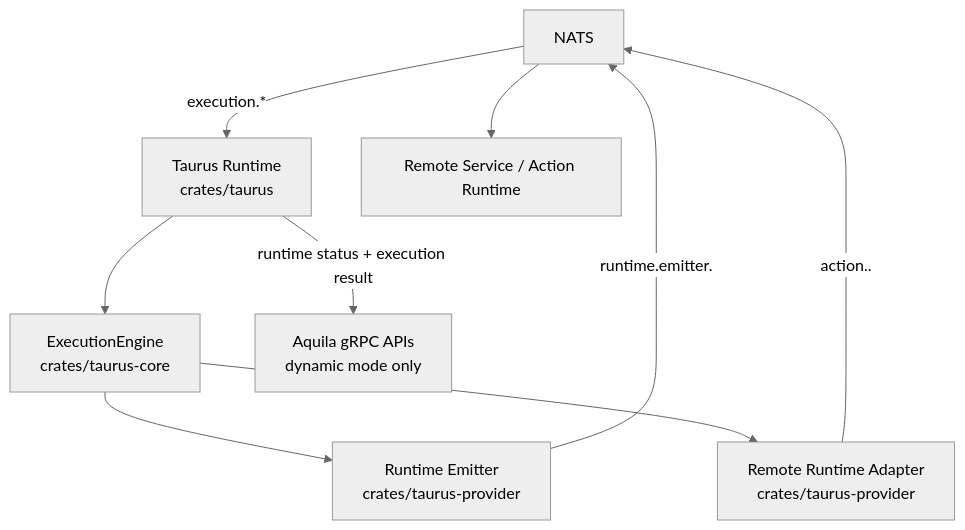
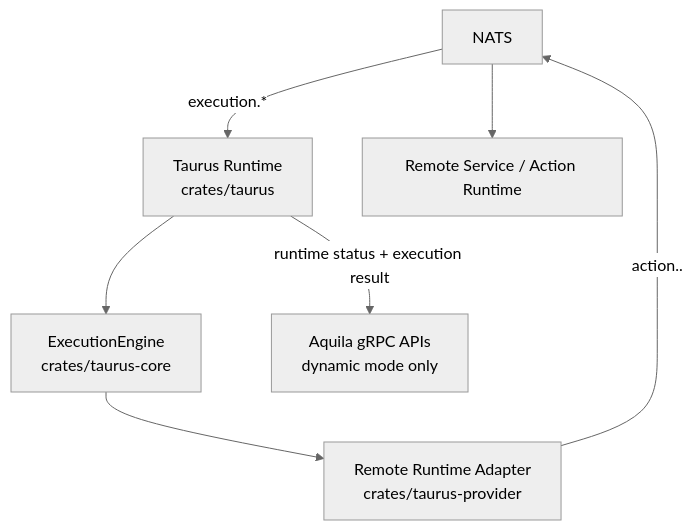
One commit to code0-tech/taurus changed the diagram in docs/dev.md. Above: the diagram before and after it, drawn with Mermaid (neutral theme). The commit also changed other lines of this file, not shown here.

Commit message:
docs: removed emitter and respond signal

````diff
--- a/docs/dev.md
+++ b/docs/dev.md
@@ -31,24 +30,20 @@
 ```mermaid
 graph TD
   NATS[NATS]
   Taurus[Taurus Runtime
   crates/taurus]
   Core[ExecutionEngine
   crates/taurus-core]
-  Emitter[Runtime Emitter
-  crates/taurus-provider]
   Remote[Remote Runtime Adapter
   crates/taurus-provider]
   Service[Remote Service / Action Runtime]
   Aquila[Aquila gRPC APIs
   dynamic mode only]
 
   NATS -->|execution.*| Taurus
   Taurus --> Core
-  Core --> Emitter
-  Emitter -->|runtime.emitter.<execution_id>| NATS
   Core --> Remote
   Remote -->|action.<service>.<execution_id>| NATS
   NATS --> Service
   Taurus -->|runtime status + execution result| Aquila
 ```
````
